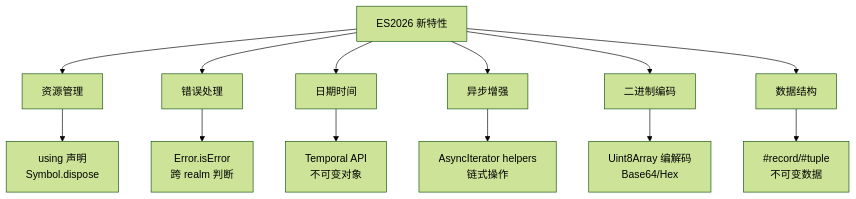
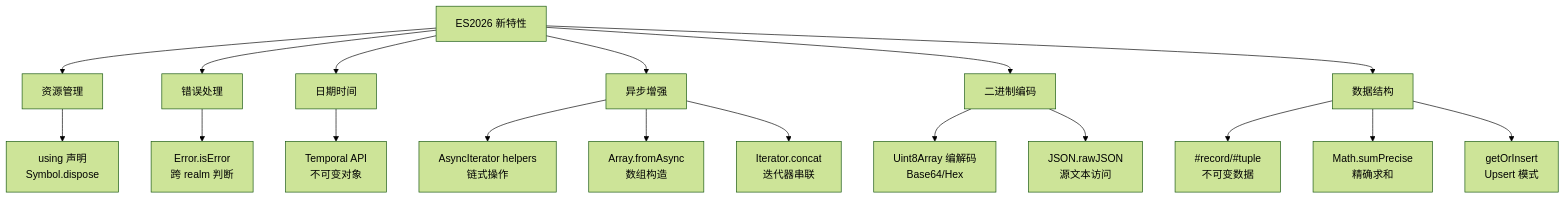
One commit to pedyc/dg.pedyc changed the first of 2 diagrams in content/40-RESOURCES/ES2026.md. Above: the diagram before and after it, drawn with Mermaid (forest theme). The commit also changed other lines of this file and 19 other files, not shown here.

````diff
--- a/content/40-RESOURCES/ES2026.md
+++ b/content/40-RESOURCES/ES2026.md
@@ -38,16 +38,21 @@
 ```mermaid
 graph TD
     A[ES2026 新特性] --> B[资源管理]
     A --> C[错误处理]
     A --> D[日期时间]
     A --> E[异步增强]
     A --> F[二进制编码]
     A --> G[数据结构]
 
     B --> B1[using 声明<br/>Symbol.dispose]
     C --> C1[Error.isError<br/>跨 realm 判断]
     D --> D1[Temporal API<br/>不可变对象]
     E --> E1[AsyncIterator helpers<br/>链式操作]
+    E --> E2[Array.fromAsync<br/>数组构造]
+    E --> E3[Iterator.concat<br/>迭代器串联]
     F --> F1[Uint8Array 编解码<br/>Base64/Hex]
+    F --> F2[JSON.rawJSON<br/>源文本访问]
     G --> G1[#record/#tuple<br/>不可变数据]
+    G --> G2[Math.sumPrecise<br/>精确求和]
+    G --> G3[getOrInsert<br/>Upsert 模式]
 ```
````
